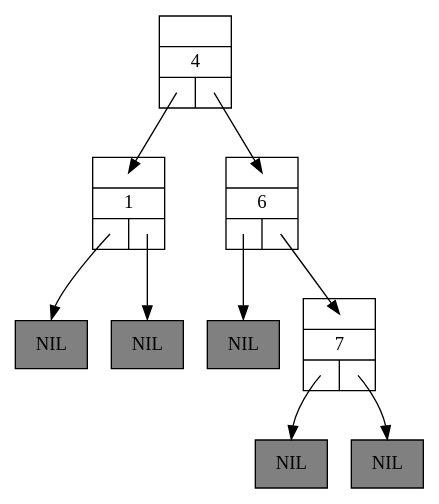
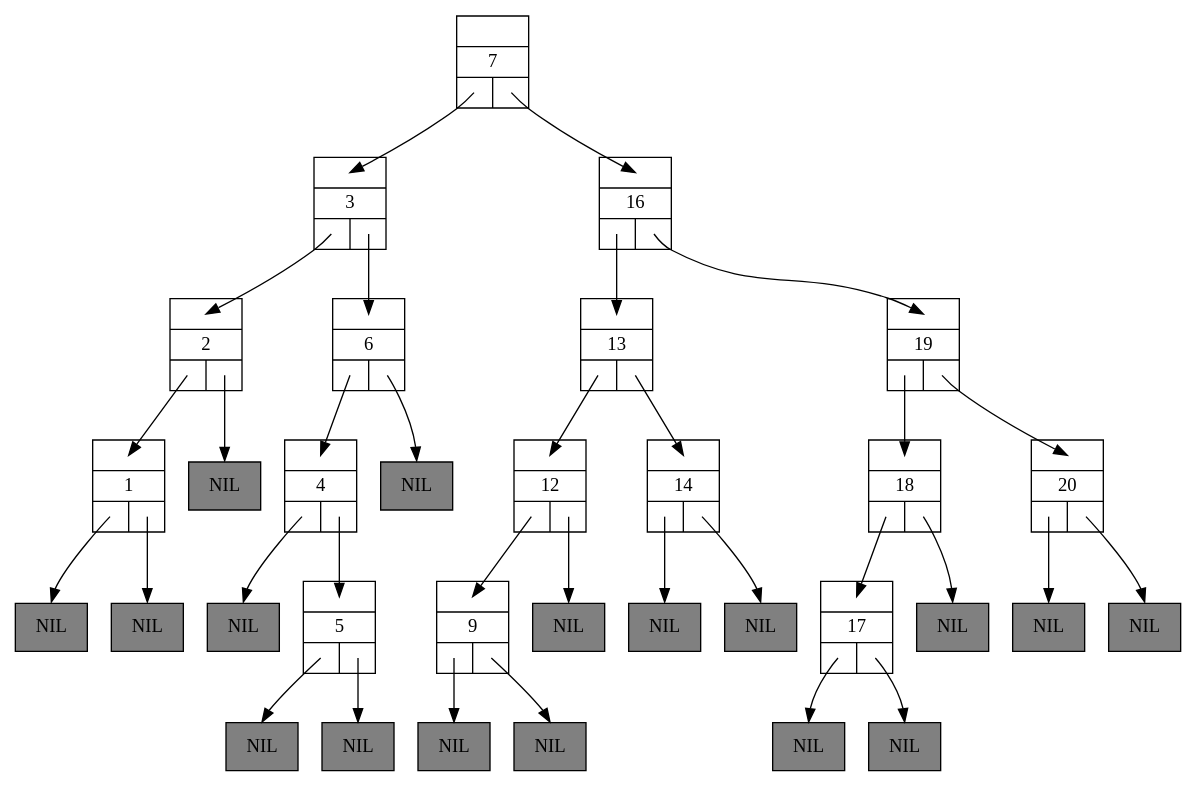
The diagram in TP/TP5/Code/Tree-4.dot (Ravemi987/Algo3), drawn with Graphviz before and after one commit. The commit also changed 22 other files, not shown here.

```diff
--- a/TP/TP5/Code/Tree-4.dot
+++ b/TP/TP5/Code/Tree-4.dot
@@ -1,23 +1,71 @@
 digraph BinarySearchTree3 {
 	graph [ranksep=0.5];
 	node [shape = record];
 
 	n1 [label="{{<parent>}|1|{<left>|<right>}}"];
 	lnil1 [style=filled, fillcolor=grey, label="NIL"];
 	n1:left:c -> lnil1:n [headclip=false, tailclip=false]
 	rnil1 [style=filled, fillcolor=grey, label="NIL"];
 	n1:right:c -> rnil1:n [headclip=false, tailclip=false]
+	n2 [label="{{<parent>}|2|{<left>|<right>}}"];
+	n2:left:c -> n1:parent:c [headclip=false, tailclip=false]
+	rnil2 [style=filled, fillcolor=grey, label="NIL"];
+	n2:right:c -> rnil2:n [headclip=false, tailclip=false]
+	n3 [label="{{<parent>}|3|{<left>|<right>}}"];
+	n3:left:c -> n2:parent:c [headclip=false, tailclip=false]
+	n3:right:c -> n6:parent:c [headclip=false, tailclip=false]
 	n4 [label="{{<parent>}|4|{<left>|<right>}}"];
-	n4:left:c -> n1:parent:c [headclip=false, tailclip=false]
-	n4:right:c -> n6:parent:c [headclip=false, tailclip=false]
+	lnil4 [style=filled, fillcolor=grey, label="NIL"];
+	n4:left:c -> lnil4:n [headclip=false, tailclip=false]
+	n4:right:c -> n5:parent:c [headclip=false, tailclip=false]
+	n5 [label="{{<parent>}|5|{<left>|<right>}}"];
+	lnil5 [style=filled, fillcolor=grey, label="NIL"];
+	n5:left:c -> lnil5:n [headclip=false, tailclip=false]
+	rnil5 [style=filled, fillcolor=grey, label="NIL"];
+	n5:right:c -> rnil5:n [headclip=false, tailclip=false]
 	n6 [label="{{<parent>}|6|{<left>|<right>}}"];
-	lnil6 [style=filled, fillcolor=grey, label="NIL"];
-	n6:left:c -> lnil6:n [headclip=false, tailclip=false]
-	n6:right:c -> n7:parent:c [headclip=false, tailclip=false]
+	n6:left:c -> n4:parent:c [headclip=false, tailclip=false]
+	rnil6 [style=filled, fillcolor=grey, label="NIL"];
+	n6:right:c -> rnil6:n [headclip=false, tailclip=false]
 	n7 [label="{{<parent>}|7|{<left>|<right>}}"];
-	lnil7 [style=filled, fillcolor=grey, label="NIL"];
-	n7:left:c -> lnil7:n [headclip=false, tailclip=false]
-	rnil7 [style=filled, fillcolor=grey, label="NIL"];
-	n7:right:c -> rnil7:n [headclip=false, tailclip=false]
+	n7:left:c -> n3:parent:c [headclip=false, tailclip=false]
+	n7:right:c -> n16:parent:c [headclip=false, tailclip=false]
+	n9 [label="{{<parent>}|9|{<left>|<right>}}"];
+	lnil9 [style=filled, fillcolor=grey, label="NIL"];
+	n9:left:c -> lnil9:n [headclip=false, tailclip=false]
+	rnil9 [style=filled, fillcolor=grey, label="NIL"];
+	n9:right:c -> rnil9:n [headclip=false, tailclip=false]
+	n12 [label="{{<parent>}|12|{<left>|<right>}}"];
+	n12:left:c -> n9:parent:c [headclip=false, tailclip=false]
+	rnil12 [style=filled, fillcolor=grey, label="NIL"];
+	n12:right:c -> rnil12:n [headclip=false, tailclip=false]
+	n13 [label="{{<parent>}|13|{<left>|<right>}}"];
+	n13:left:c -> n12:parent:c [headclip=false, tailclip=false]
+	n13:right:c -> n14:parent:c [headclip=false, tailclip=false]
+	n14 [label="{{<parent>}|14|{<left>|<right>}}"];
+	lnil14 [style=filled, fillcolor=grey, label="NIL"];
+	n14:left:c -> lnil14:n [headclip=false, tailclip=false]
+	rnil14 [style=filled, fillcolor=grey, label="NIL"];
+	n14:right:c -> rnil14:n [headclip=false, tailclip=false]
+	n16 [label="{{<parent>}|16|{<left>|<right>}}"];
+	n16:left:c -> n13:parent:c [headclip=false, tailclip=false]
+	n16:right:c -> n19:parent:c [headclip=false, tailclip=false]
+	n17 [label="{{<parent>}|17|{<left>|<right>}}"];
+	lnil17 [style=filled, fillcolor=grey, label="NIL"];
+	n17:left:c -> lnil17:n [headclip=false, tailclip=false]
+	rnil17 [style=filled, fillcolor=grey, label="NIL"];
+	n17:right:c -> rnil17:n [headclip=false, tailclip=false]
+	n18 [label="{{<parent>}|18|{<left>|<right>}}"];
+	n18:left:c -> n17:parent:c [headclip=false, tailclip=false]
+	rnil18 [style=filled, fillcolor=grey, label="NIL"];
+	n18:right:c -> rnil18:n [headclip=false, tailclip=false]
+	n19 [label="{{<parent>}|19|{<left>|<right>}}"];
+	n19:left:c -> n18:parent:c [headclip=false, tailclip=false]
+	n19:right:c -> n20:parent:c [headclip=false, tailclip=false]
+	n20 [label="{{<parent>}|20|{<left>|<right>}}"];
+	lnil20 [style=filled, fillcolor=grey, label="NIL"];
+	n20:left:c -> lnil20:n [headclip=false, tailclip=false]
+	rnil20 [style=filled, fillcolor=grey, label="NIL"];
+	n20:right:c -> rnil20:n [headclip=false, tailclip=false]
 
 }
```
